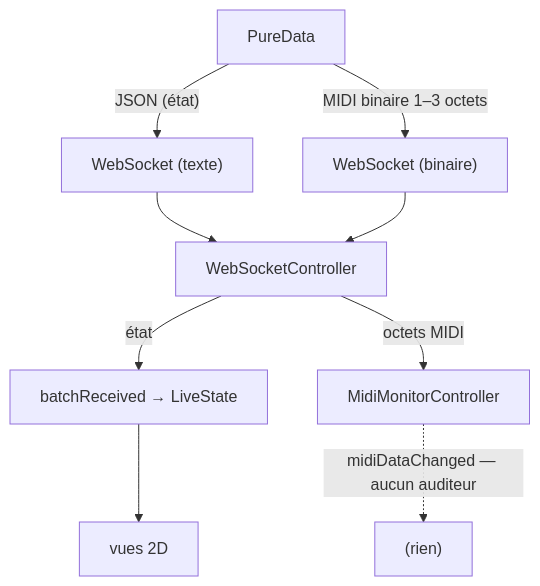
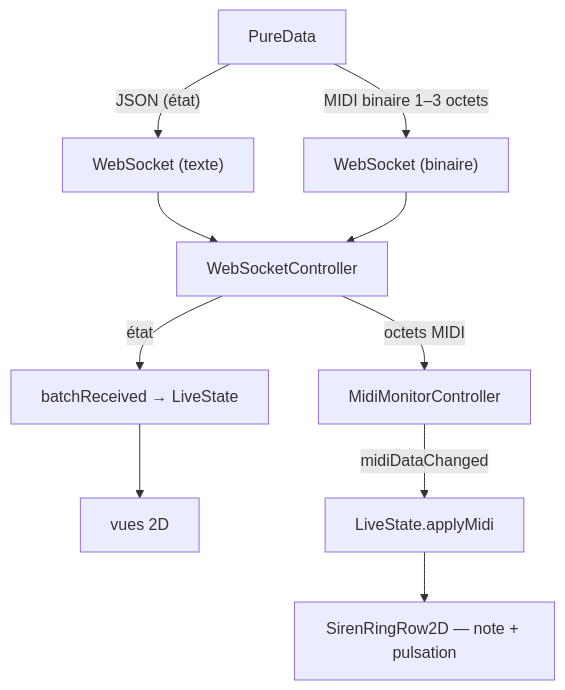
One commit to patricecolet/mecaviv-qml-ui changed the diagram in pedalierSirenium/README.md. Above: the diagram before and after it, drawn with Mermaid. The commit also changed other lines of this file and 6 other files, not shown here.

````diff
--- a/pedalierSirenium/README.md
+++ b/pedalierSirenium/README.md
@@ -715,11 +719,12 @@
 ```mermaid
 flowchart TD
   A["PureData"] -->|"JSON (état)"| B["WebSocket (texte)"]
   A -->|"MIDI binaire 1–3 octets"| C["WebSocket (binaire)"]
   B --> D["WebSocketController"]
   C --> D
   D -->|"état"| E["batchReceived → LiveState"]
   E --> H["vues 2D"]
   D -->|"octets MIDI"| F["MidiMonitorController"]
-  F -.->|"midiDataChanged — aucun auditeur"| G["(rien)"]
+  F -->|"midiDataChanged"| I["LiveState.applyMidi"]
+  I --> J["SirenRingRow2D — note + pulsation"]
 ```
````
